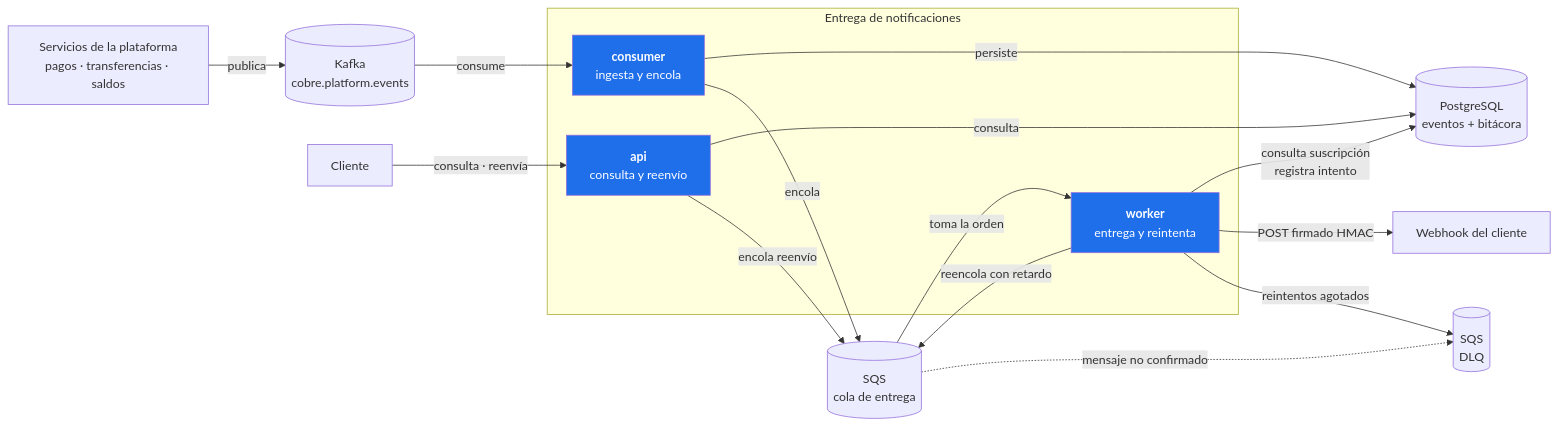
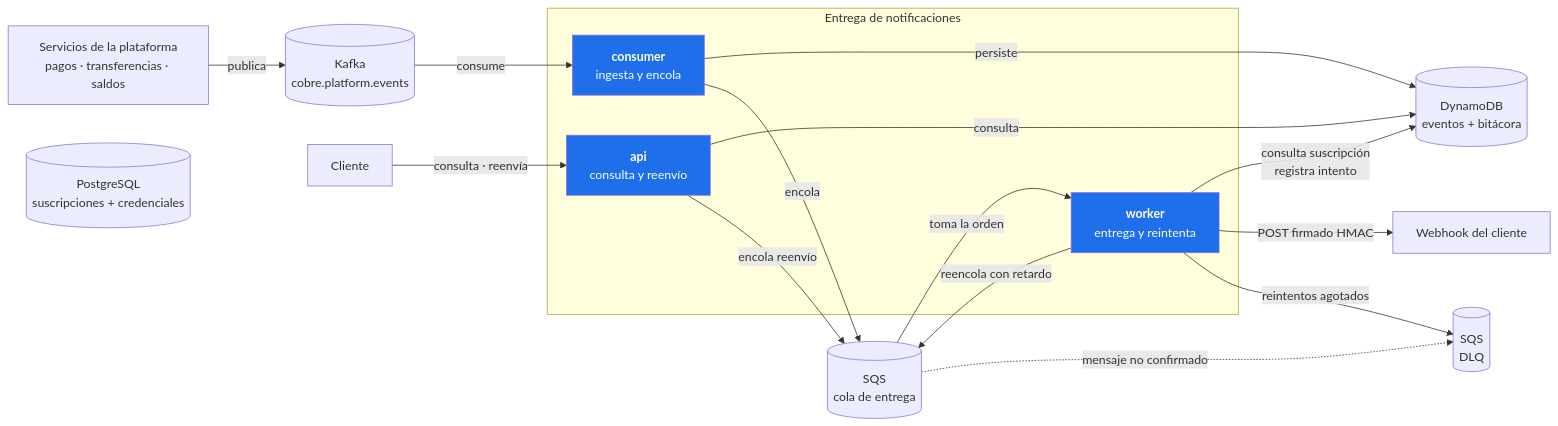
The first of 5 diagrams in README.md (ssalaza7/cobre-notification-delivery), drawn with Mermaid before and after one commit. The commit also changed other lines of this file and 44 other files, not shown here.

````diff
--- a/README.md
+++ b/README.md
@@ -21,34 +21,35 @@
 ```mermaid
 flowchart LR
     SVC["Servicios de la plataforma<br/>pagos · transferencias · saldos"]
     K[("Kafka<br/>cobre.platform.events")]
     Q[("SQS<br/>cola de entrega")]
     DLQ[("SQS<br/>DLQ")]
-    DB[("PostgreSQL<br/>eventos + bitácora")]
+    DB[("DynamoDB<br/>eventos + bitácora")]
+    PG[("PostgreSQL<br/>suscripciones + credenciales")]
     CLI["Webhook del cliente"]
     USR["Cliente"]
 
     subgraph svc["Entrega de notificaciones"]
         CON["<b>consumer</b><br/>ingesta y encola"]
         W["<b>worker</b><br/>entrega y reintenta"]
         API["<b>api</b><br/>consulta y reenvío"]
     end
 
     SVC -->|publica| K
     K -->|consume| CON
     CON -->|persiste| DB
     CON -->|encola| Q
     Q -->|toma la orden| W
     W -->|consulta suscripción<br/>registra intento| DB
     W -->|POST firmado HMAC| CLI
     W -->|reencola con retardo| Q
     W -->|reintentos agotados| DLQ
     Q -.->|mensaje no confirmado| DLQ
     USR -->|consulta · reenvía| API
     API -->|consulta| DB
     API -->|encola reenvío| Q
 
     style CON fill:#1f6feb,color:#fff
     style W fill:#1f6feb,color:#fff
     style API fill:#1f6feb,color:#fff
 ```
````
